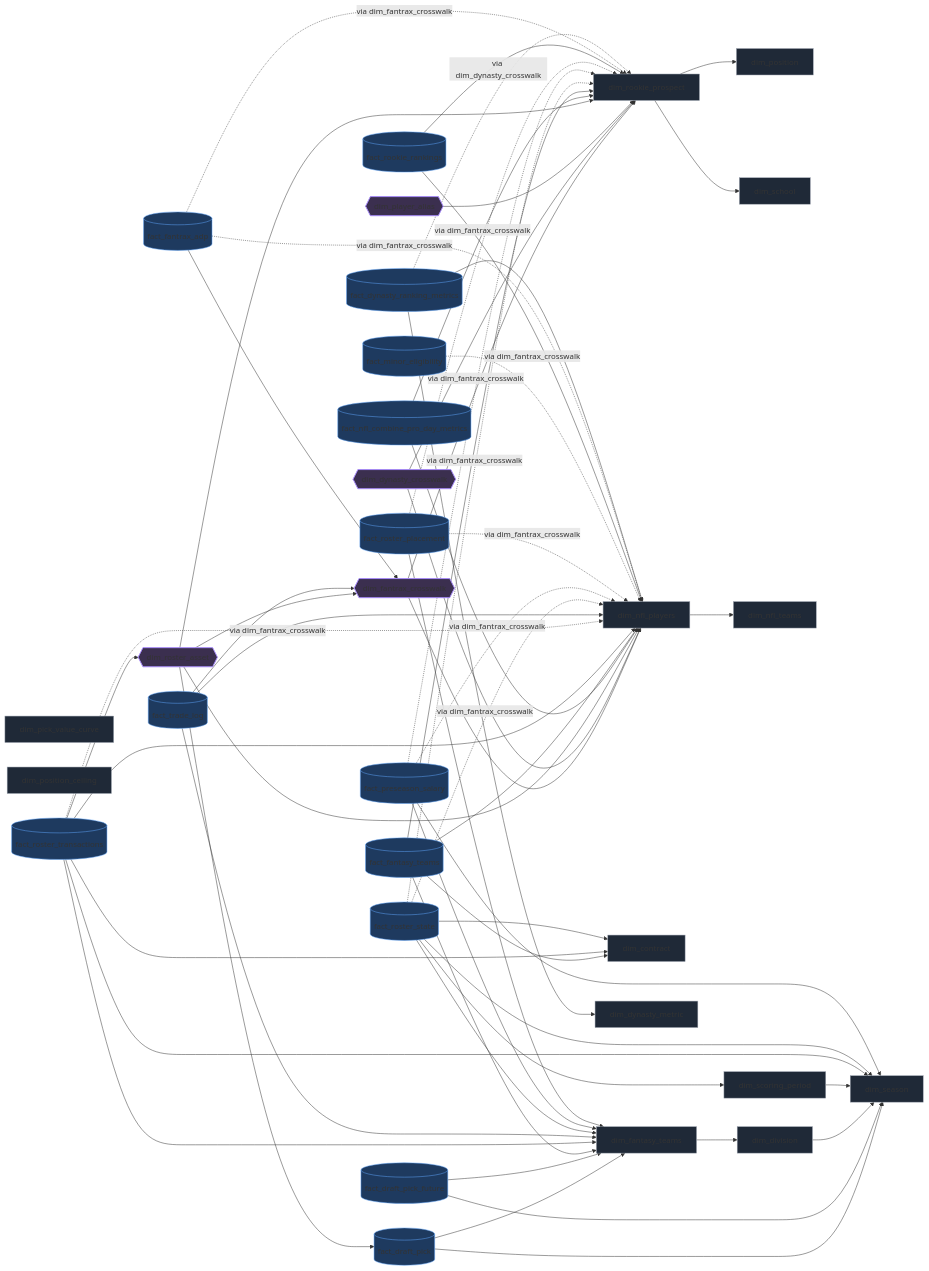
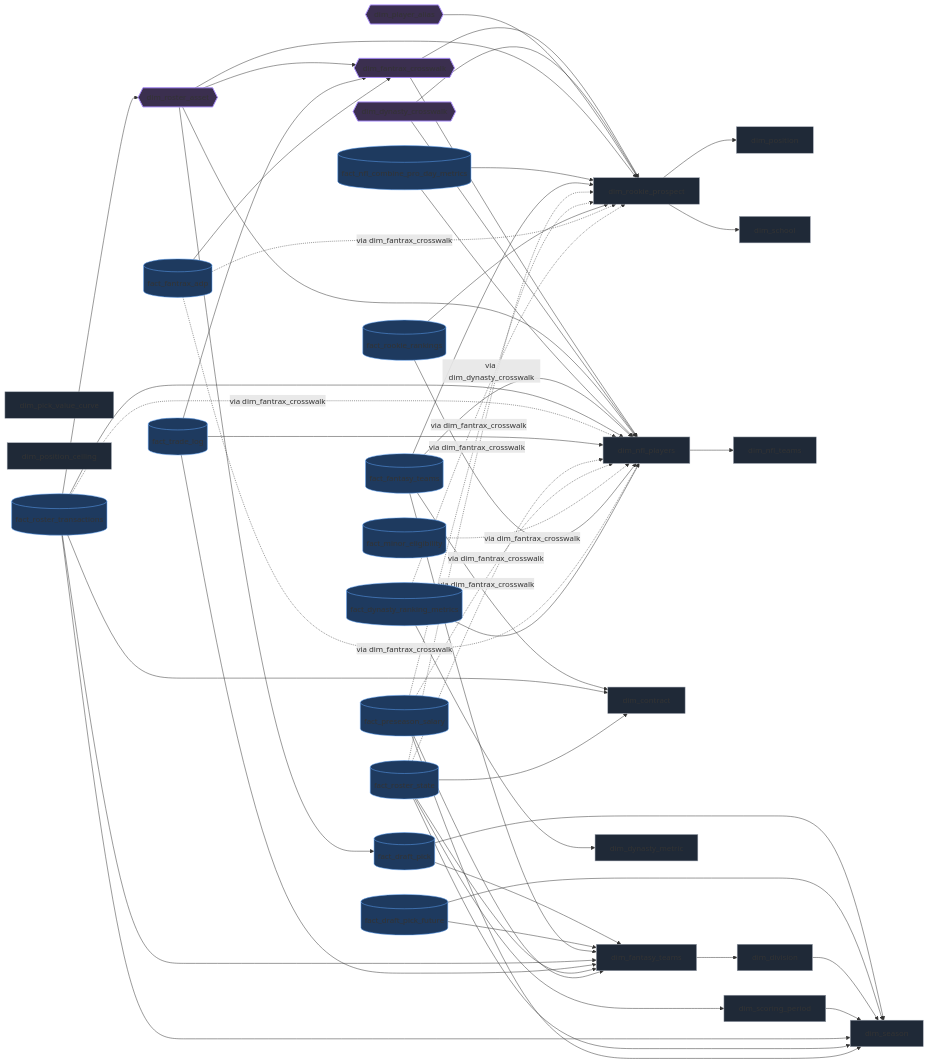
One commit to benjamininja/Python-PowerBI-DynastyFantasyFootball changed the diagram in docs/DATA_MODEL.md. Above: the diagram before and after it, drawn with Mermaid. The commit also changed 41 other files, not shown here.

First line of the commit message:
feat: #117 retire fact_roster_placement — moves read Roster State by effective period (ADR-0016) (#129)

```diff
--- a/docs/DATA_MODEL.md
+++ b/docs/DATA_MODEL.md
@@ -35,7 +35,6 @@
     fact_trade_log[(fact_trade_log)]
     fact_roster_state[(fact_roster_state)]
     fact_preseason_salary[(fact_preseason_salary)]
-    fact_roster_placement[(fact_roster_placement)]
     fact_minor_eligibility[(fact_minor_eligibility)]
     fact_rookie_rankings[(fact_rookie_rankings)]
     fact_fantrax_adp[(fact_fantrax_adp)]
@@ -84,9 +83,6 @@
     fact_preseason_salary --> dim_fantasy_teams
     fact_preseason_salary -.via dim_fantrax_crosswalk.-> dim_nfl_players
     fact_preseason_salary -.via dim_fantrax_crosswalk.-> dim_rookie_prospect
-    fact_roster_placement --> dim_fantasy_teams
-    fact_roster_placement -.via dim_fantrax_crosswalk.-> dim_nfl_players
-    fact_roster_placement -.via dim_fantrax_crosswalk.-> dim_rookie_prospect
     fact_minor_eligibility -.via dim_fantrax_crosswalk.-> dim_nfl_players
     fact_rookie_rankings --> dim_rookie_prospect
     fact_rookie_rankings --> dim_nfl_players
@@ -125,7 +121,6 @@
     class fact_trade_log fact;
     class fact_roster_state fact;
     class fact_preseason_salary fact;
-    class fact_roster_placement fact;
     class fact_minor_eligibility fact;
     class fact_rookie_rankings fact;
     class fact_fantrax_adp fact;
```
